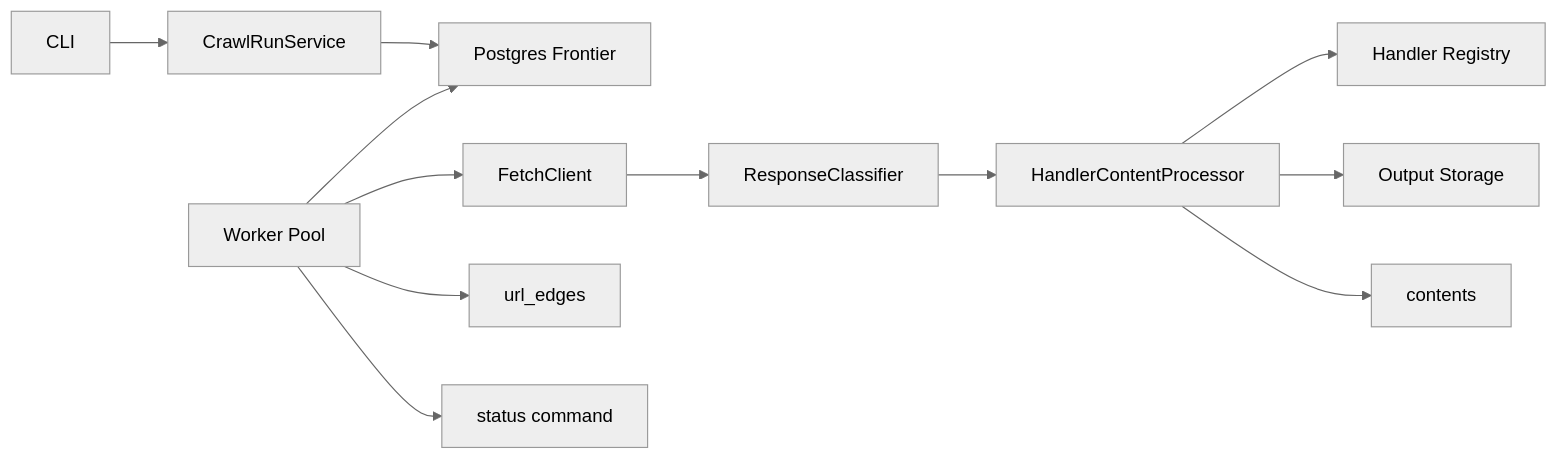
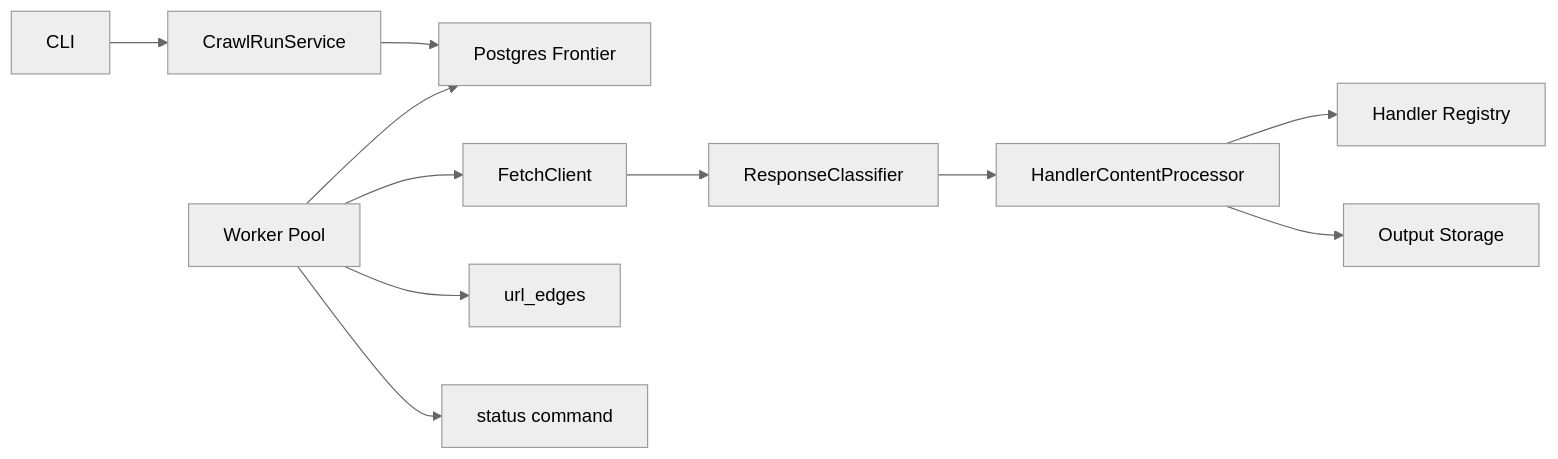
The diagram in README.md (webboy/production-site-crawler), drawn with Mermaid (neutral theme) before and after one commit. The commit also changed other lines of this file and 37 other files, not shown here.

````diff
--- a/README.md
+++ b/README.md
@@ -53,14 +51,13 @@
 ```mermaid
 flowchart LR
   Cli[CLI] --> RunService[CrawlRunService]
   RunService --> Frontier[Postgres Frontier]
   WorkerPool[Worker Pool] --> Frontier
   WorkerPool --> FetchClient[FetchClient]
   FetchClient --> Classifier[ResponseClassifier]
   Classifier --> Processor[HandlerContentProcessor]
   Processor --> Registry[Handler Registry]
   Processor --> Storage[Output Storage]
-  Processor --> Contents[contents]
   WorkerPool --> Edges[url_edges]
   WorkerPool --> Status[status command]
 ```
````
